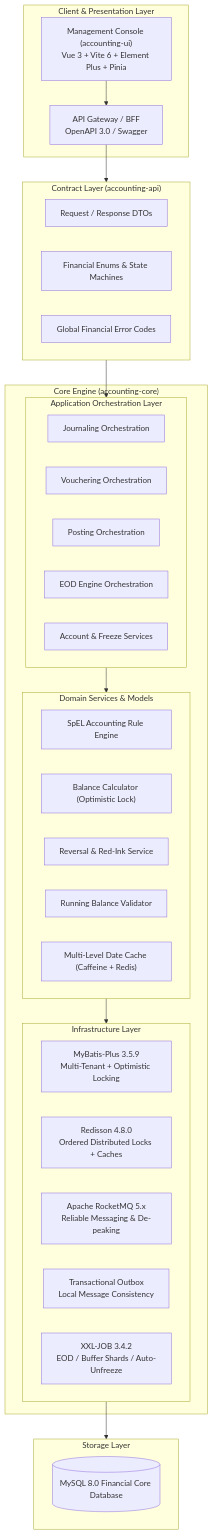
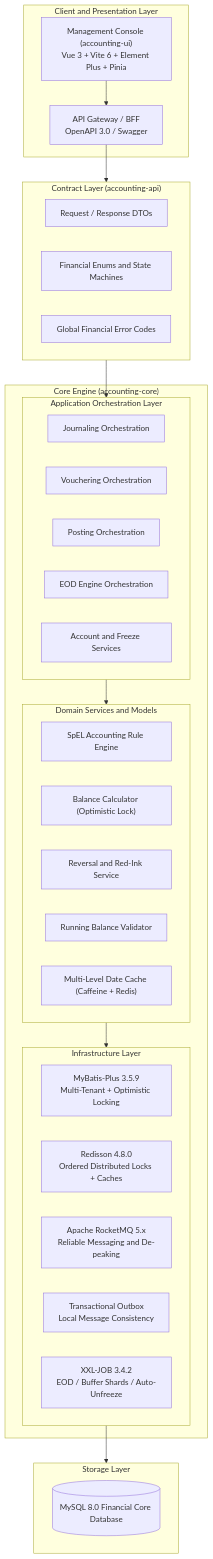
Before and after one commit to KayCheung/accounting: the first of 2 diagrams in README_EN.md, drawn with Mermaid. The commit also changed other lines of this file and 1 other file, not shown here.

Commit message:
docs: 修复中英文 README 的 Mermaid 语法与锚点兼容性

````diff
--- a/README_EN.md
+++ b/README_EN.md
@@ -82,50 +82,50 @@
 ```mermaid
 flowchart TD
-    subgraph Client["Client & Presentation Layer"]
+    subgraph Client["Client and Presentation Layer"]
         UI["Management Console (accounting-ui)<br/>Vue 3 + Vite 6 + Element Plus + Pinia"]
         GW["API Gateway / BFF<br/>OpenAPI 3.0 / Swagger"]
     end
 
     subgraph API["Contract Layer (accounting-api)"]
         DTO["Request / Response DTOs"]
-        ENUM["Financial Enums & State Machines"]
+        ENUM["Financial Enums and State Machines"]
         ERR["Global Financial Error Codes"]
     end
 
     subgraph Core["Core Engine (accounting-core)"]
         subgraph App["Application Orchestration Layer"]
             APP_JRN["Journaling Orchestration"]
             APP_VOU["Vouchering Orchestration"]
             APP_POS["Posting Orchestration"]
             APP_EOD["EOD Engine Orchestration"]
-            APP_ACT["Account & Freeze Services"]
+            APP_ACT["Account and Freeze Services"]
         end
 
-        subgraph Domain["Domain Services & Models"]
+        subgraph Domain["Domain Services and Models"]
             DOM_RULE["SpEL Accounting Rule Engine"]
             DOM_CALC["Balance Calculator (Optimistic Lock)"]
-            DOM_REV["Reversal & Red-Ink Service"]
+            DOM_REV["Reversal and Red-Ink Service"]
             DOM_RUN["Running Balance Validator"]
             DOM_CACHE["Multi-Level Date Cache (Caffeine + Redis)"]
         end
 
         subgraph Infra["Infrastructure Layer"]
             MYBATIS["MyBatis-Plus 3.5.9<br/>Multi-Tenant + Optimistic Locking"]
             REDISSON["Redisson 4.8.0<br/>Ordered Distributed Locks + Caches"]
-            ROCKETMQ["Apache RocketMQ 5.x<br/>Reliable Messaging & De-peaking"]
+            ROCKETMQ["Apache RocketMQ 5.x<br/>Reliable Messaging and De-peaking"]
             OUTBOX["Transactional Outbox<br/>Local Message Consistency"]
             XXLJOB["XXL-JOB 3.4.2<br/>EOD / Buffer Shards / Auto-Unfreeze"]
         end
     end
 
     subgraph DB["Storage Layer"]
         MYSQL[(MySQL 8.0 Financial Core Database)]
     end
 
     UI --> GW
     GW --> API
     API --> App
     App --> Domain
     Domain --> Infra
     Infra --> DB
 ```
````
